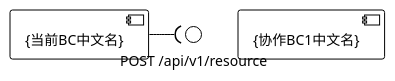
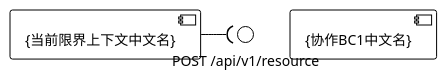
One commit to agiledon/sparrow changed the diagram in src/content/workflows/sparrow-design/assets/api.md. Above: the diagram before and after it, drawn with PlantUML. The commit also changed other lines of this file and 75 other files, not shown here.

````diff
--- a/src/content/workflows/sparrow-design/assets/api.md
+++ b/src/content/workflows/sparrow-design/assets/api.md
@@ -33,10 +33,10 @@
 ```plantuml
 @startuml
 !theme plain
 
-component "{当前BC中文名}" as CurrentBC
+component "{当前限界上下文中文名}" as CurrentBC
 component "{协作BC1中文名}" as BC1
 () "POST /api/v1/resource" as API_Example
 CurrentBC -right-( API_Example
 @enduml
 ```
````
